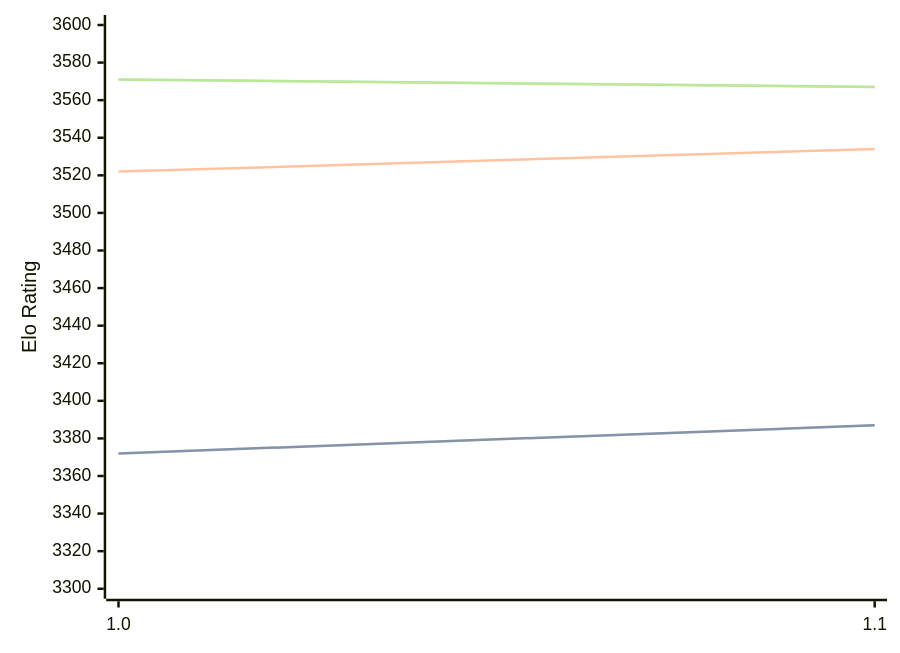
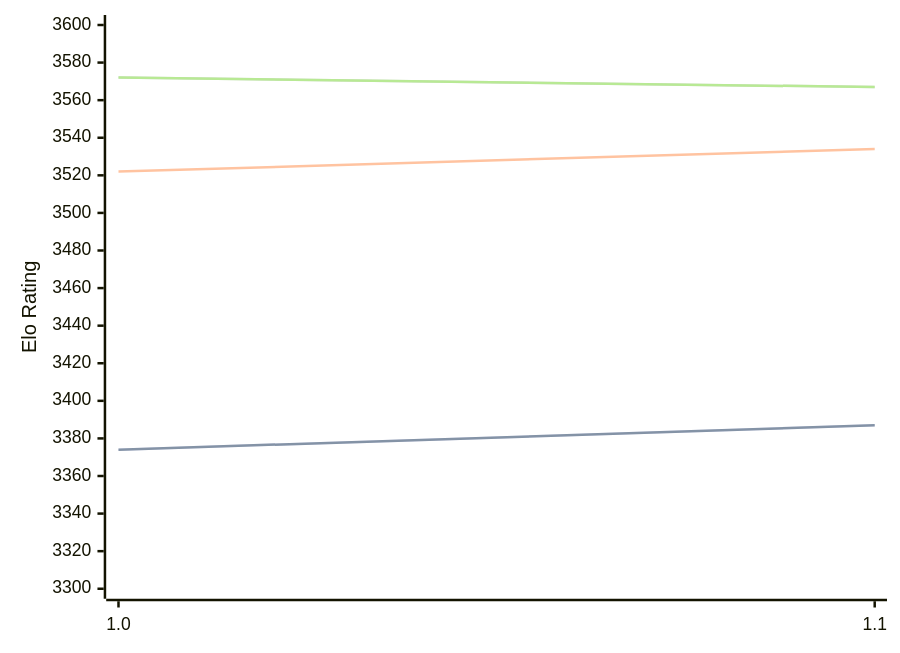
The diagram in engines/Horsie.md (computer-chess-index/cci), drawn with Mermaid before and after one commit. The commit also changed other lines of this file, not shown here.

Commit message:
Update CCI Ratings (ELO VLTC) - 2026-04-22

````diff
--- a/engines/Horsie.md
+++ b/engines/Horsie.md
@@ -32,11 +32,11 @@
 ```mermaid
 %%{init: {"theme":"base","themeVariables":{"seriesColors:['#a3a3a3','#222221','#faa371']}}}%%
 xychart-beta
   x-axis ["1.0", "1.1"]
   y-axis "Elo Rating" 3300 --> 3600
-  line "STC (8.0+0.08s)" [3372, 3387]
-  line "STC (8.0+0.08s)" [3372, 3387]
+  line "STC (8.0+0.08s)" [3374, 3387]
+  line "STC (8.0+0.08s)" [3374, 3387]
   line "LTC (60.0+0.60s)" [3522, 3534]
-  line "VLTC (2m24s+1.12s)" [3571, 3567]
-  line "VLTC (2m24s+1.12s)" [3571, 3567]
+  line "VLTC (2m24s+1.12s)" [3572, 3567]
+  line "VLTC (2m24s+1.12s)" [3572, 3567]
 ```
````
